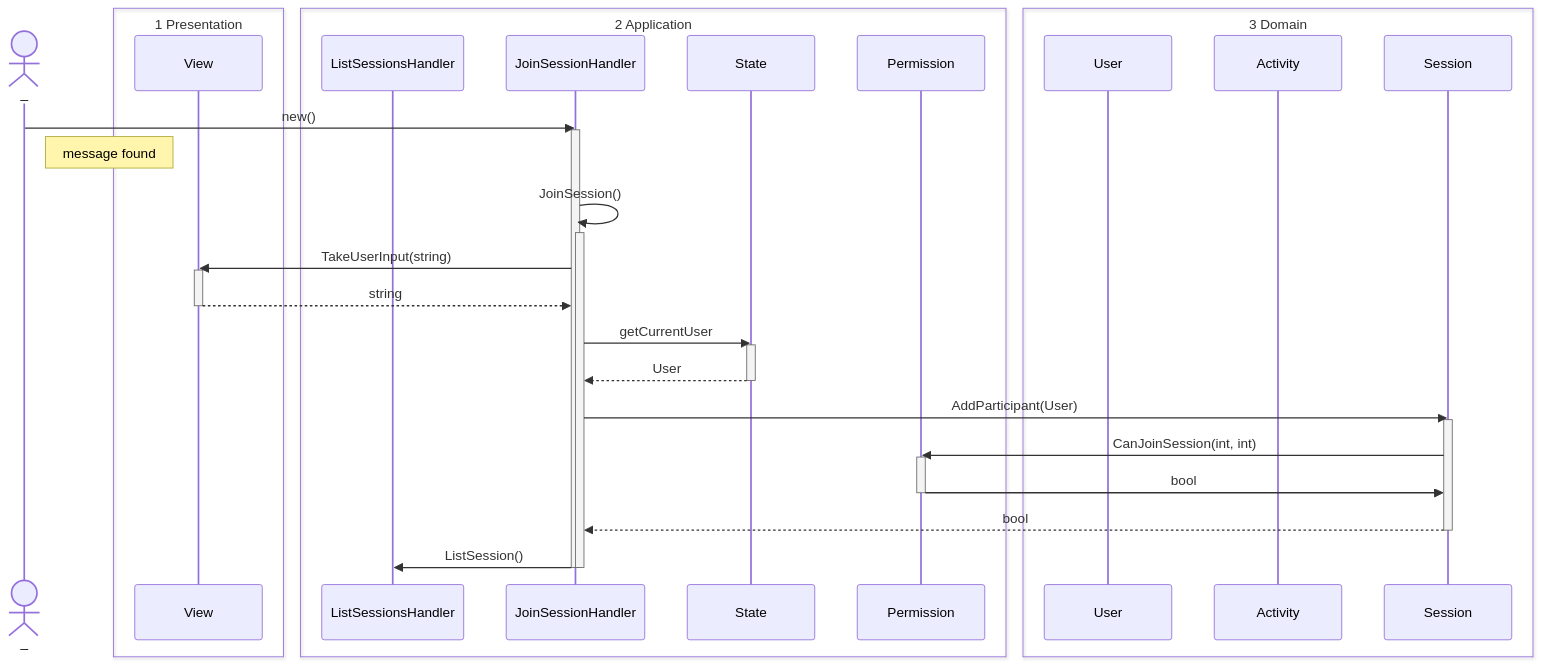
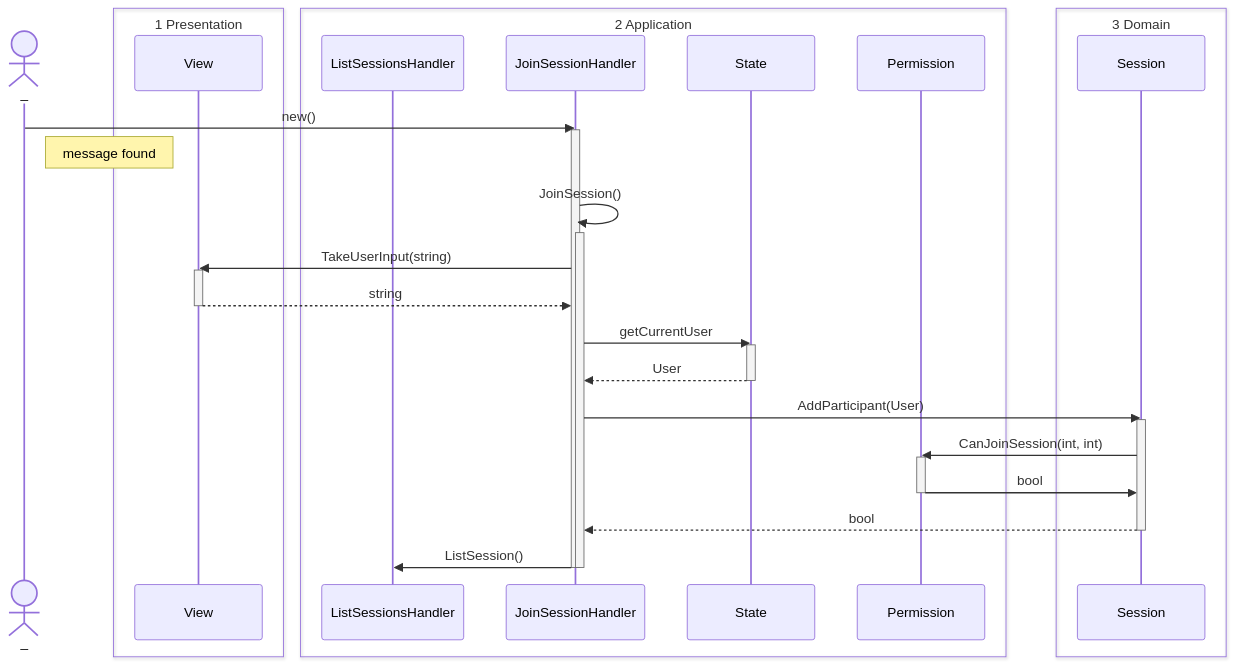
The fifth of 6 diagrams in 02 notes/Sekvensdiagram.md (MatiasHeiberg/1.semesterprojekt), drawn with Mermaid before and after one commit. The commit also changed other lines of this file, not shown here.

Commit message:
sekvensdiagram

````diff
--- a/02 notes/Sekvensdiagram.md
+++ b/02 notes/Sekvensdiagram.md
@@ -216,59 +216,57 @@
 ```mermaid
 sequenceDiagram
 
 actor _
 box 1 Presentation
 participant View
 end
 box 2 Application
 participant ListSessionsHandler 
 participant JoinSessionHandler 
 participant State
 participant Permission
 end
 box 3 Domain
-participant User 
-participant Activity
 participant Session
 end
 
 
 %% Message found
 _->>JoinSessionHandler: new()
 activate JoinSessionHandler
 Note right of _: message found
 	
 	JoinSessionHandler->>JoinSessionHandler: JoinSession()
 	activate JoinSessionHandler
 		
 		JoinSessionHandler->>View: TakeUserInput(string)
 		activate View
 			
 			View-->>JoinSessionHandler: string
 			
 		deactivate View
 		
 		JoinSessionHandler->>State: getCurrentUser
 		activate State
 			
 			State-->>JoinSessionHandler: User
 			
 		deactivate State
 		JoinSessionHandler->>Session: AddParticipant(User)
 		activate Session
 			
 			Session->>Permission: CanJoinSession(int, int)
 			activate Permission
 				
 				Permission->>Session: bool
 				
 			deactivate Permission
 			Session-->>JoinSessionHandler: bool
 			
 		deactivate Session
 		JoinSessionHandler->>ListSessionsHandler: ListSession()
 		
 	deactivate JoinSessionHandler
 	
 deactivate JoinSessionHandler
 ```
````
